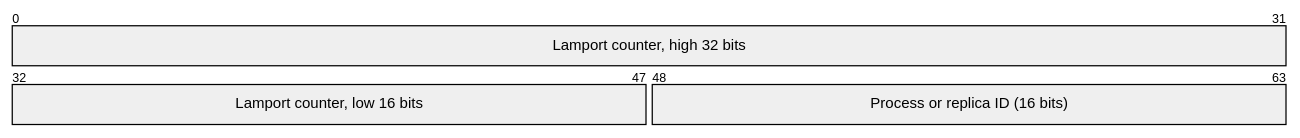
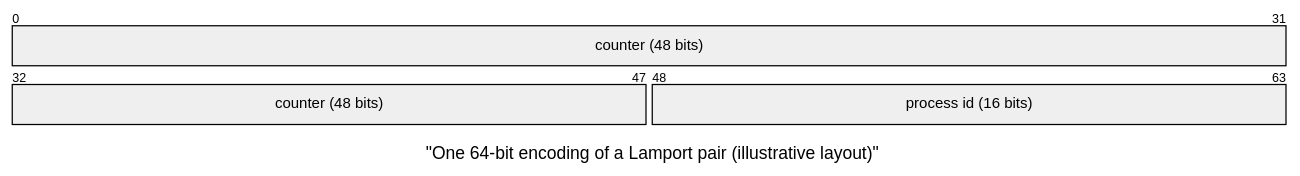
Before and after one commit to gorkemsari/distributed-systems: the second of 6 diagrams in src/content/docs/en/foundations/time-and-ordering/lamport-timestamps.mdx, drawn with Mermaid. The commit also changed other lines of this file and 3 other files, not shown here.

````diff
--- a/src/content/docs/en/foundations/time-and-ordering/lamport-timestamps.mdx
+++ b/src/content/docs/en/foundations/time-and-ordering/lamport-timestamps.mdx
@@ -62,6 +77,6 @@
 ```mermaid
 packet-beta
-    0-31: "Lamport counter, high 32 bits"
-    32-47: "Lamport counter, low 16 bits"
-    48-63: "Process or replica ID (16 bits)"
+    title "One 64-bit encoding of a Lamport pair (illustrative layout)"
+    0-47: "counter (48 bits)"
+    48-63: "process id (16 bits)"
 ```
````
